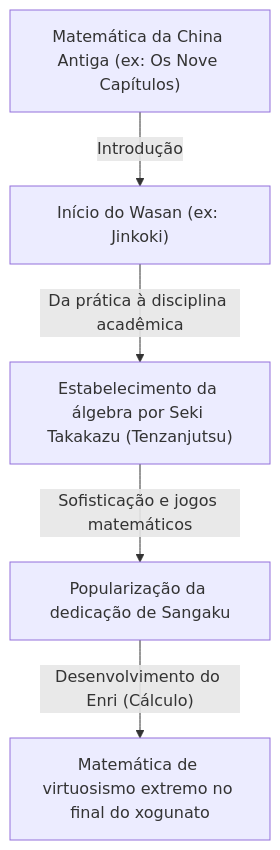
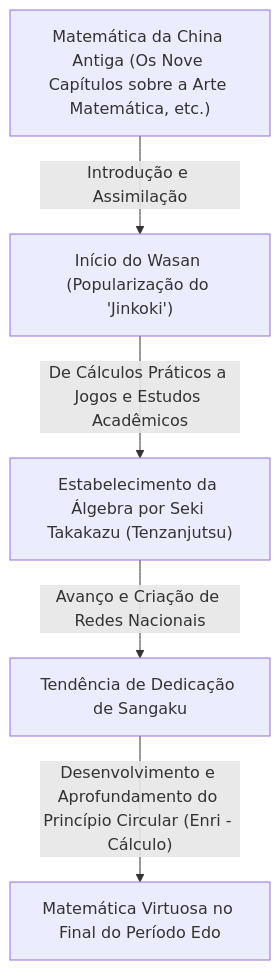
One commit to kenjinote/blog changed the first of 2 diagrams in content/post/history-of-wasan-japanese-mathematics/index.pt.md. Above: the diagram before and after it, drawn with Mermaid. The commit also changed other lines of this file and 129 other files, not shown here.

````diff
--- a/content/post/history-of-wasan-japanese-mathematics/index.pt.md
+++ b/content/post/history-of-wasan-japanese-mathematics/index.pt.md
@@ -17,7 +25,7 @@
 ```mermaid
 graph TD
-    A["Matemática da China Antiga (ex: Os Nove Capítulos)"] -- "Introdução" --> B["Início do Wasan (ex: Jinkoki)"]
-    B -- "Da prática à disciplina acadêmica" --> C["Estabelecimento da álgebra por Seki Takakazu (Tenzanjutsu)"]
-    C -- "Sofisticação e jogos matemáticos" --> D["Popularização da dedicação de Sangaku"]
-    D -- "Desenvolvimento do Enri (Cálculo)" --> E["Matemática de virtuosismo extremo no final do xogunato"]
+    A["Matemática da China Antiga (Os Nove Capítulos sobre a Arte Matemática, etc.)"] -- "Introdução e Assimilação" --> B["Início do Wasan (Popularização do 'Jinkoki')"]
+    B -- "De Cálculos Práticos a Jogos e Estudos Acadêmicos" --> C["Estabelecimento da Álgebra por Seki Takakazu (Tenzanjutsu)"]
+    C -- "Avanço e Criação de Redes Nacionais" --> D["Tendência de Dedicação de Sangaku"]
+    D -- "Desenvolvimento e Aprofundamento do Princípio Circular (Enri - Cálculo)" --> E["Matemática Virtuosa no Final do Período Edo"]
 ```
````
